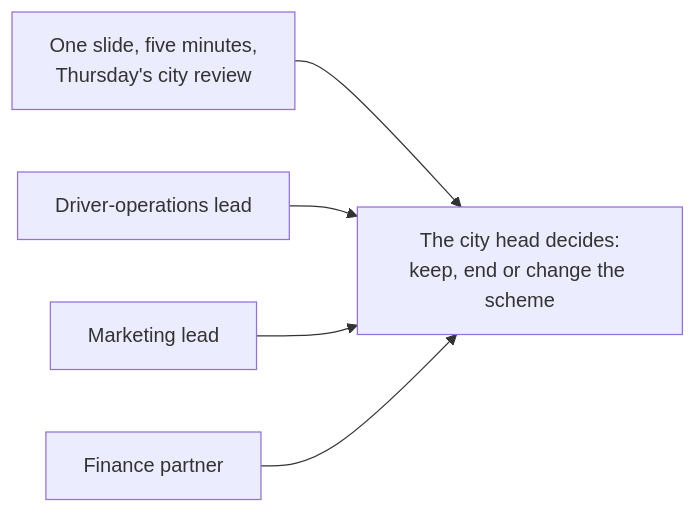
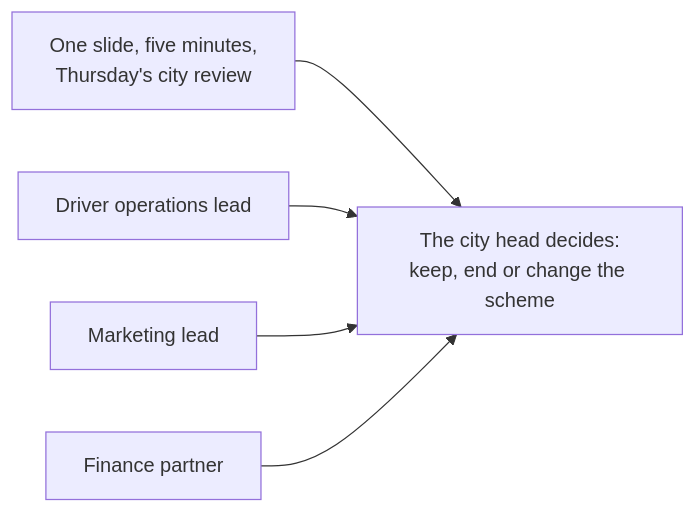
Before and after one commit to fde-academy-lab/c2-content-factory: the second of 6 diagrams in content/W04/SAT/paper/C2_W04_SAT_recap_paper_STUDENT.md, drawn with Mermaid. The commit also changed other lines of this file and 6 other files, not shown here.

````diff
--- a/content/W04/SAT/paper/C2_W04_SAT_recap_paper_STUDENT.md
+++ b/content/W04/SAT/paper/C2_W04_SAT_recap_paper_STUDENT.md
@@ -186,7 +186,7 @@
 ```mermaid
 flowchart LR
   S["One slide, five minutes,<br/>Thursday's city review"] --> CH["The city head decides:<br/>keep, end or change the scheme"]
-  D["Driver-operations lead"] --> CH
+  D["Driver operations lead"] --> CH
   M["Marketing lead"] --> CH
   F["Finance partner"] --> CH
 ```
````
